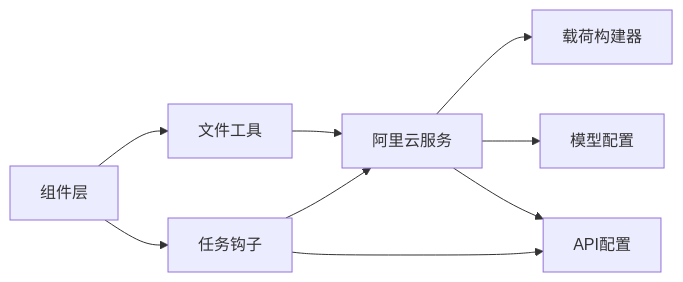
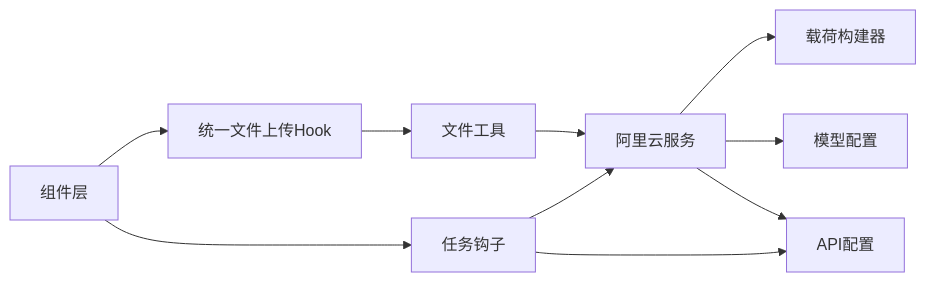
The eighth of 8 diagrams in .qoder/repowiki/zh/content/架构设计/服务层架构/工具函数服务.md (alex0001yyy/wan-app), drawn with Mermaid before and after one commit. The commit also changed other lines of this file and 35 other files, not shown here.

````diff
--- a/.qoder/repowiki/zh/content/架构设计/服务层架构/工具函数服务.md
+++ b/.qoder/repowiki/zh/content/架构设计/服务层架构/工具函数服务.md
@@ -322,11 +376,12 @@
 ```mermaid
 graph LR
-UI["组件层"] --> FU["文件工具"]
+UI["组件层"] --> UFU["统一文件上传Hook"]
+UFU --> FU["文件工具"]
 FU --> AL["阿里云服务"]
 AL --> PB["载荷构建器"]
 AL --> MC["模型配置"]
 AL --> AC["API配置"]
 UI --> TK["任务钩子"]
 TK --> AL
 TK --> AC
 ```
````
